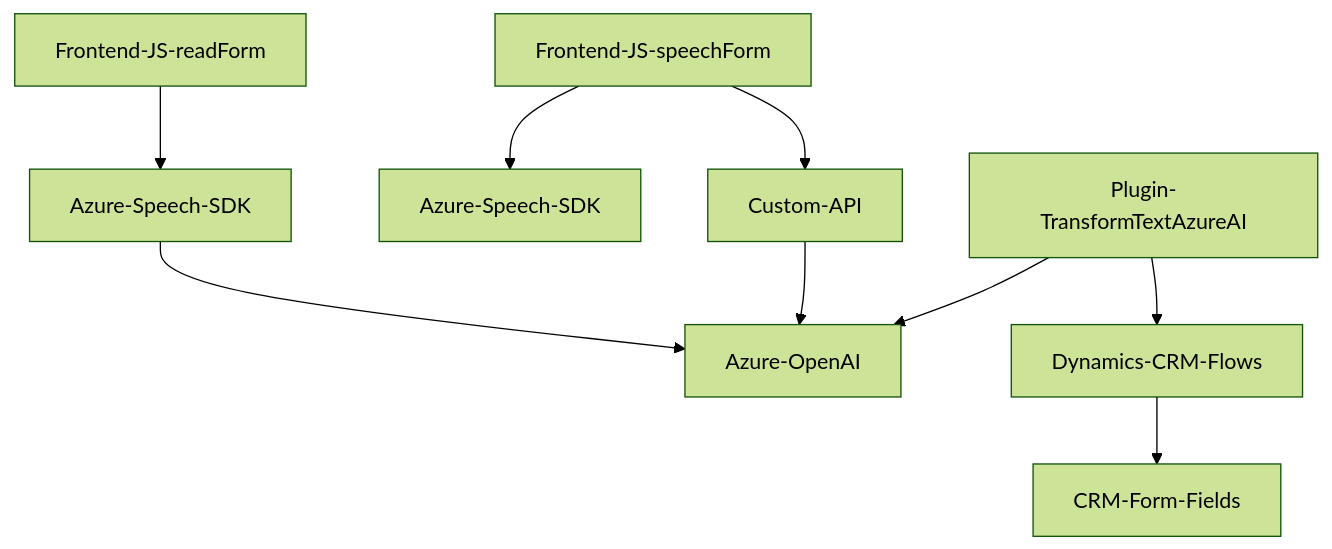
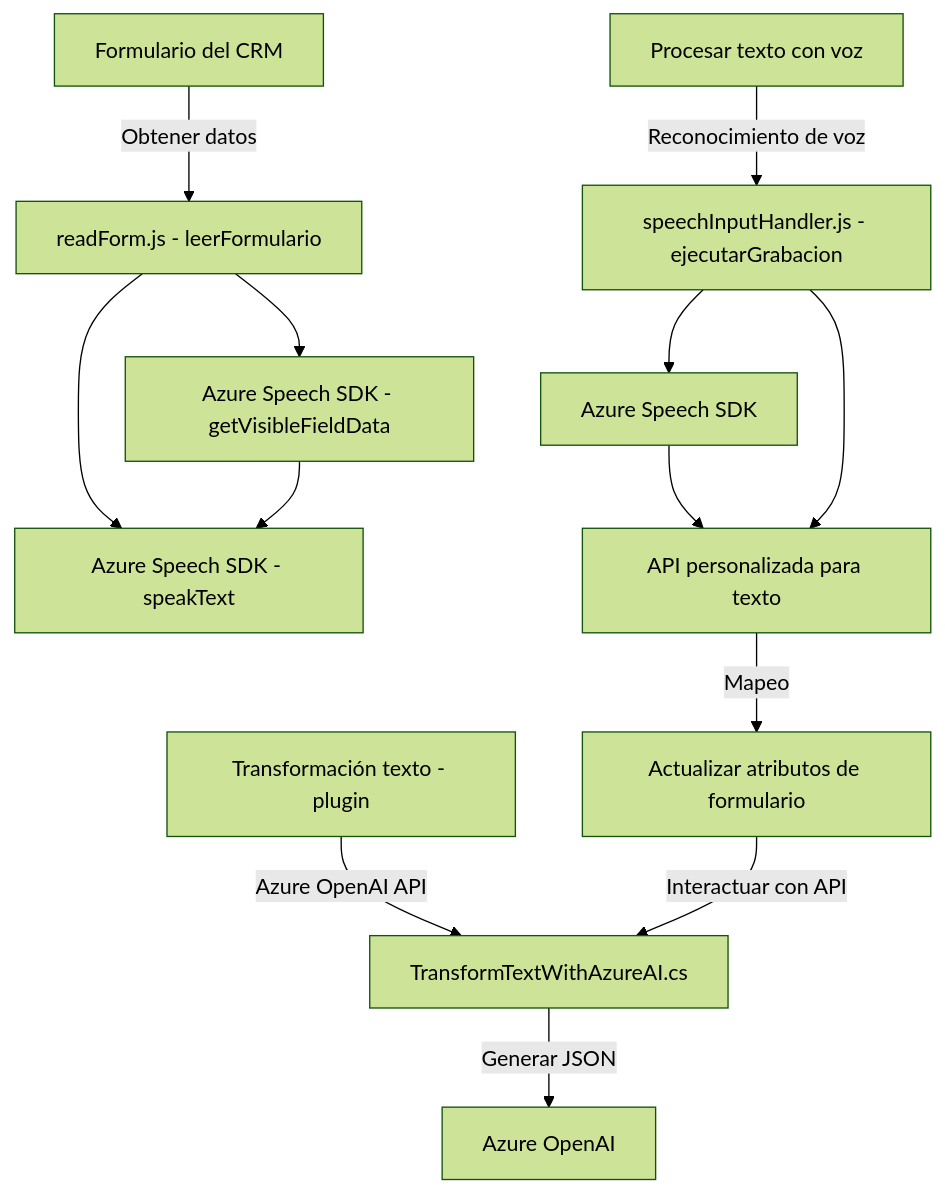
One commit to blopezdm/NETCORE_BILBAO2025 changed the diagram in README.md. Above: the diagram before and after it, drawn with Mermaid (forest theme). The commit also changed other lines of this file, not shown here.

Commit message:
Actualizar análisis global de la solución con IA

````diff
--- a/README.md
+++ b/README.md
@@ -38,11 +62,15 @@
 ```mermaid
 graph TD
-    A["Frontend-JS-readForm"] --> B["Azure-Speech-SDK"]
-    C["Frontend-JS-speechForm"] --> D["Azure-Speech-SDK"]
-    C --> E["Custom-API"]
-    F["Plugin-TransformTextAzureAI"] --> G["Azure-OpenAI"]
-    F --> H["Dynamics-CRM-Flows"]
-    H --> I["CRM-Form-Fields"]
-    B --> G
-    E --> G
+    A["Formulario del CRM"] -->|Obtener datos| B["readForm.js - leerFormulario"]
+    B --> C["Azure Speech SDK - getVisibleFieldData"]
+    B --> D["Azure Speech SDK - speakText"]
+    C --> D
+    E["Procesar texto con voz"] -->|Reconocimiento de voz| F["speechInputHandler.js - ejecutarGrabacion"]
+    F --> G["Azure Speech SDK"]
+    G --> H["API personalizada para texto"]
+    F --> H
+    H -->|Mapeo| I["Actualizar atributos de formulario"]
+    J["Transformación texto - plugin"] -->|Azure OpenAI API| K["TransformTextWithAzureAI.cs"]
+    I -->|Interactuar con API| K
+    K -->|Generar JSON| L["Azure OpenAI"]
 ```
````
